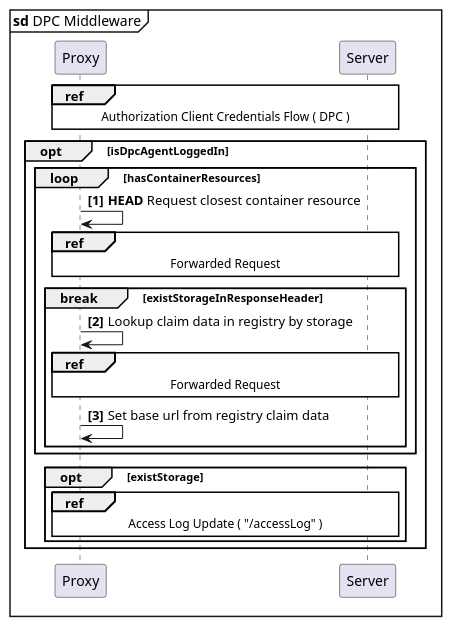
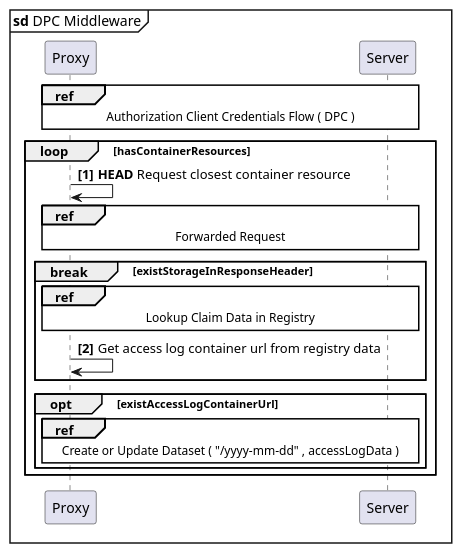
The diagram in docs/resources/diagrams/sd_DPC_middleware.puml (guddii/SEACT), drawn with PlantUML before and after one commit. The commit also changed 71 other files, not shown here.

```diff
--- a/docs/resources/diagrams/sd_DPC_middleware.puml
+++ b/docs/resources/diagrams/sd_DPC_middleware.puml
@@ -1,29 +1,26 @@
 @startuml
 'https://plantuml.com/sequence-diagram
 
 skinparam sequenceReferenceBackgroundColor white
 
 mainframe **sd** DPC Middleware
 autonumber 1 1 "<b>[0]"
 
 participant "Proxy" as Proxy
 participant "Server" as Server
 
 ref over Proxy, Server  : Authorization Client Credentials Flow ( DPC )
-opt isDpcAgentLoggedIn
 loop hasContainerResources
     Proxy   ->  Proxy   : <b>HEAD</b> Request closest container resource
 ref over Proxy, Server  : Forwarded Request
     break existStorageInResponseHeader
-    Proxy   -> Proxy        : Lookup claim data in registry by storage
-    ref over Proxy, Server  : Forwarded Request
-    Proxy   -> Proxy        : Set base url from registry claim data
+    ||5||
+    ref over Proxy, Server  : Lookup Claim Data in Registry
+    Proxy   -> Proxy        : Get access log container url from registry data
     end
-
-end
-opt existStorage
+opt existAccessLogContainerUrl
 ||5||
-ref over Proxy, Server : Access Log Update ( "/accessLog" )
+ref over Proxy, Server : Create or Update Dataset ( "/yyyy-mm-dd" , accessLogData )
 end
 end
 @enduml
```
